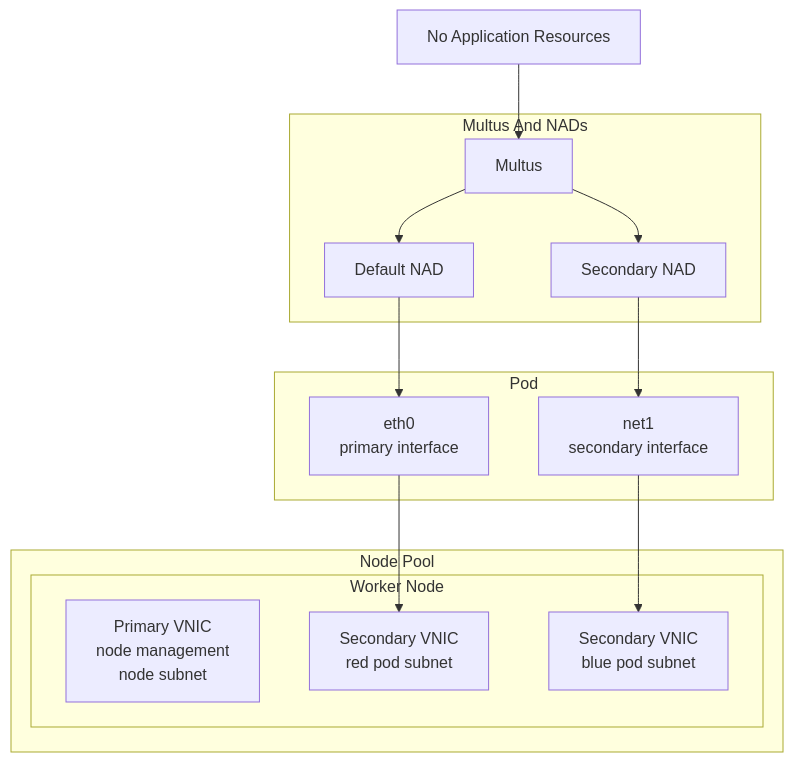
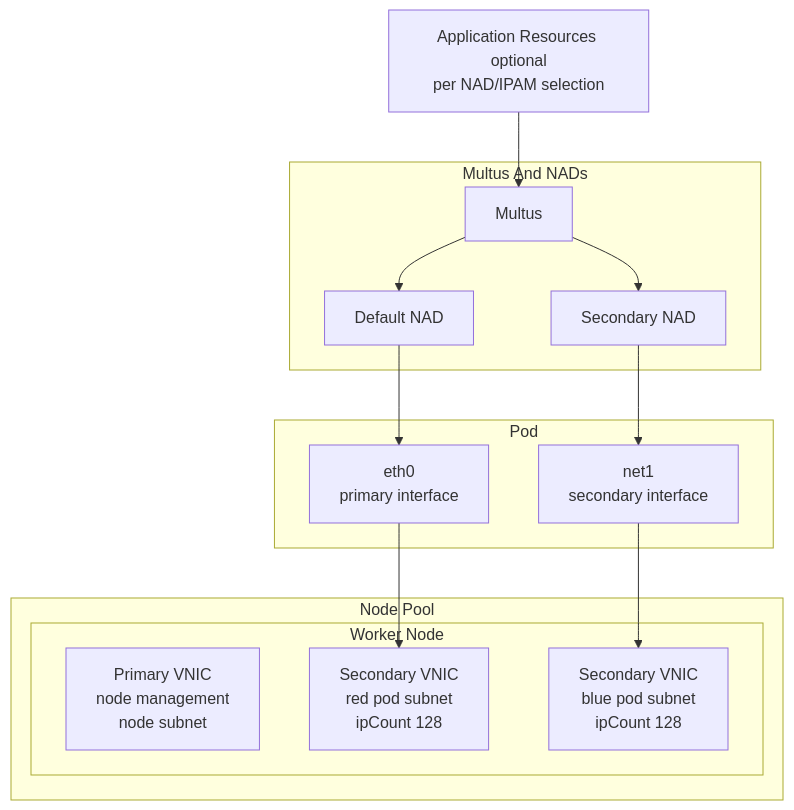
One commit to chiphwang1/gva_docs changed the third of 3 diagrams in combined.md. Above: the diagram before and after it, drawn with Mermaid. The commit also changed other lines of this file, not shown here.

````diff
--- a/combined.md
+++ b/combined.md
@@ -426,37 +434,40 @@
 ```mermaid
 flowchart TB
     subgraph NP["Node Pool"]
         subgraph N1["Worker Node"]
             PV["Primary VNIC
 node management
 node subnet"]
             VR["Secondary VNIC
-red pod subnet"]
+red pod subnet
+ipCount 128"]
             VB["Secondary VNIC
-blue pod subnet"]
+blue pod subnet
+ipCount 128"]
         end
     end
 
     subgraph CNI["Multus And NADs"]
         M["Multus"]
         NAD1["Default NAD"]
         NAD2["Secondary NAD"]
     end
 
     subgraph POD["Pod"]
         ETH0["eth0
 primary interface"]
         NET1["net1
 secondary interface"]
     end
 
-    NOTE["No Application Resources"]
+    NOTE["Application Resources optional
+per NAD/IPAM selection"]
 
     M --> NAD1
     M --> NAD2
     NAD1 --> ETH0
     NAD2 --> NET1
     ETH0 --> VR
     NET1 --> VB
     NOTE --> M
 ```
````
